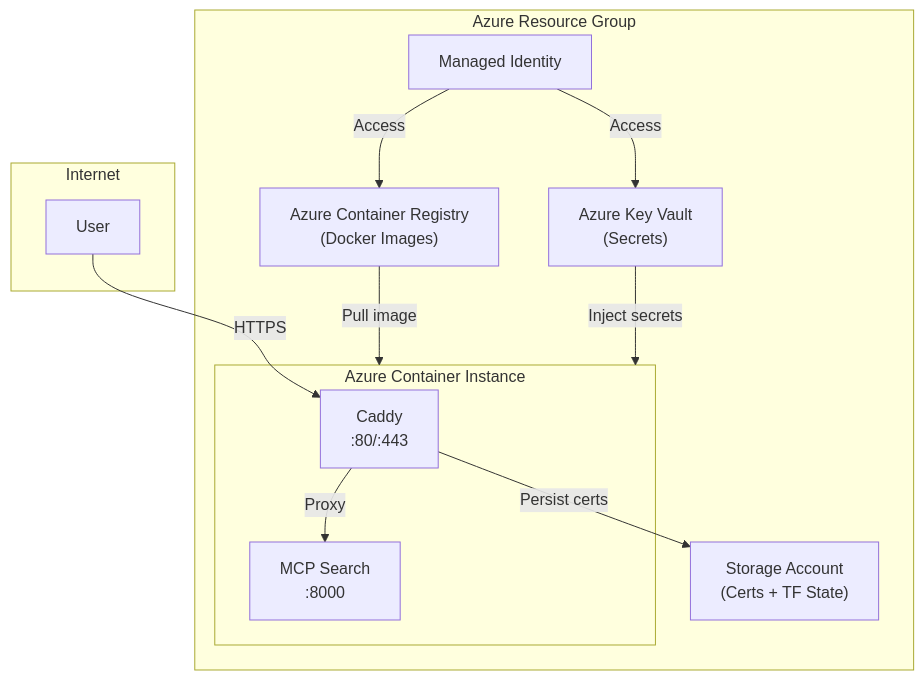
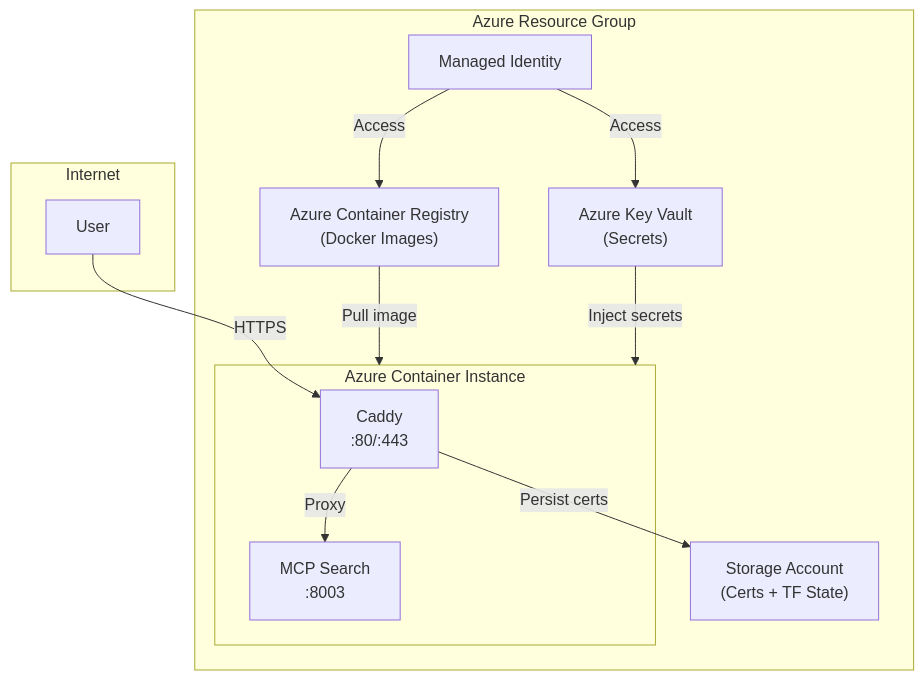
The diagram in tutorials/mcp/mcp_search/terraform/README.md (Unique-AG/ai), drawn with Mermaid before and after one commit. The commit also changed other lines of this file and 18 other files, not shown here.

````diff
--- a/tutorials/mcp/mcp_search/terraform/README.md
+++ b/tutorials/mcp/mcp_search/terraform/README.md
@@ -7,26 +7,26 @@
 ```mermaid
 flowchart TB
     subgraph Internet
         User[User]
     end
 
     subgraph Azure["Azure Resource Group"]
         subgraph ACI["Azure Container Instance"]
             Caddy["Caddy\n:80/:443"]
-            App["MCP Search\n:8000"]
+            App["MCP Search\n:8003"]
         end
 
         ACR["Azure Container Registry\n(Docker Images)"]
         KV["Azure Key Vault\n(Secrets)"]
         Storage["Storage Account\n(Certs + TF State)"]
         Identity["Managed Identity"]
     end
 
     User -->|HTTPS| Caddy
     Caddy -->|Proxy| App
     Caddy -->|Persist certs| Storage
     ACR -->|Pull image| ACI
     KV -->|Inject secrets| ACI
     Identity -->|Access| ACR
     Identity -->|Access| KV
 ```
````
